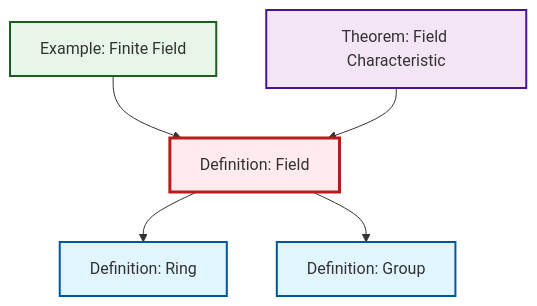
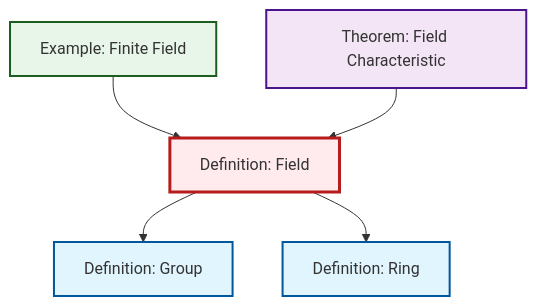
The diagram in output/mermaid/def-field.mermaid (RK0429/ModernMath), drawn with Mermaid before and after one commit. The commit also changed other lines of this file and 151 other files, not shown here.

First line of the commit message:
feat: Complete Math Knowledge Graph Wiki MVP with interactive visualizations

````diff
--- a/output/mermaid/def-field.mermaid
+++ b/output/mermaid/def-field.mermaid
@@ -1,19 +1,19 @@
 ```{mermaid}
 %%| fig-cap: "Local dependency graph"
 graph TD
     classDef definition fill:#e1f5fe,stroke:#01579b,stroke-width:2px
     classDef theorem fill:#f3e5f5,stroke:#4a148c,stroke-width:2px
     classDef axiom fill:#fff3e0,stroke:#e65100,stroke-width:2px
     classDef example fill:#e8f5e9,stroke:#1b5e20,stroke-width:2px
     classDef current fill:#ffebee,stroke:#b71c1c,stroke-width:3px
-    ex-finite-field["Example: Finite Field"]:::example
-    def-group["Definition: Group"]:::definition
     def-field["Definition: Field"]:::definition
     thm-field-characteristic["Theorem: Field Characteristic"]:::theorem
+    def-group["Definition: Group"]:::definition
+    ex-finite-field["Example: Finite Field"]:::example
     def-ring["Definition: Ring"]:::definition
+    def-field --> def-group
     def-field --> def-ring
-    def-field --> def-group
     ex-finite-field --> def-field
     thm-field-characteristic --> def-field
     class def-field current
 ```
````
